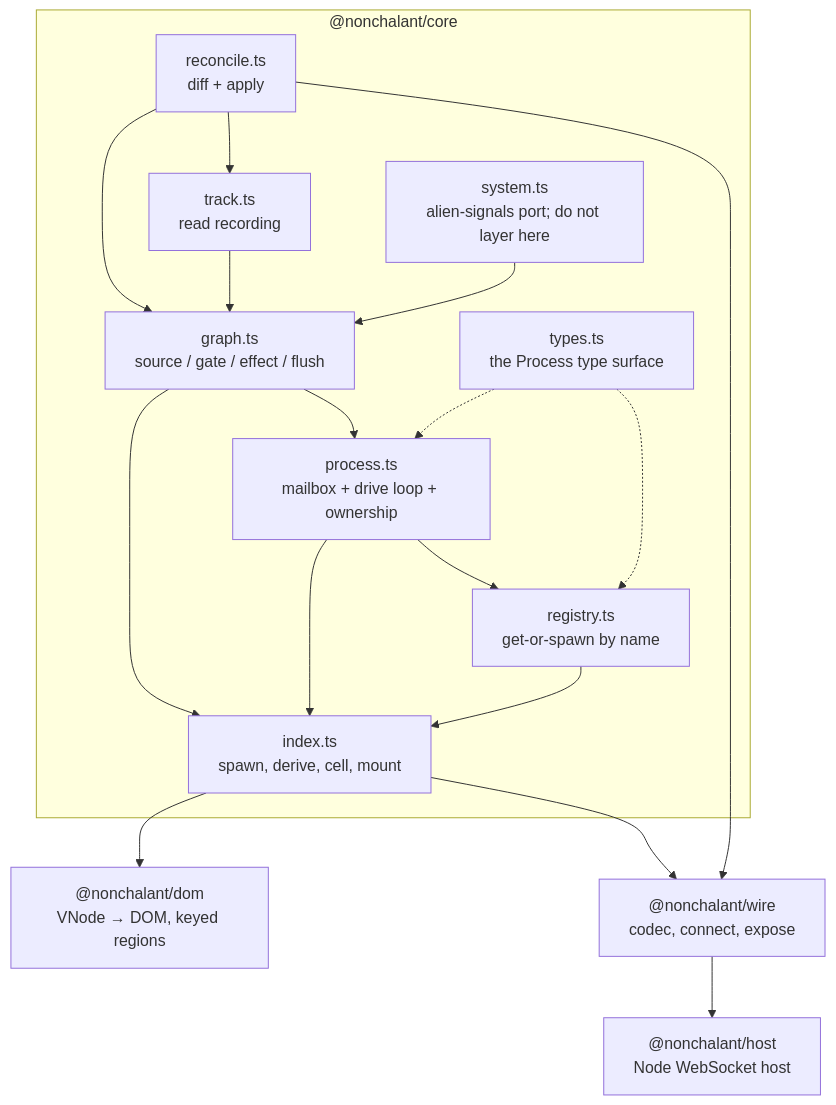
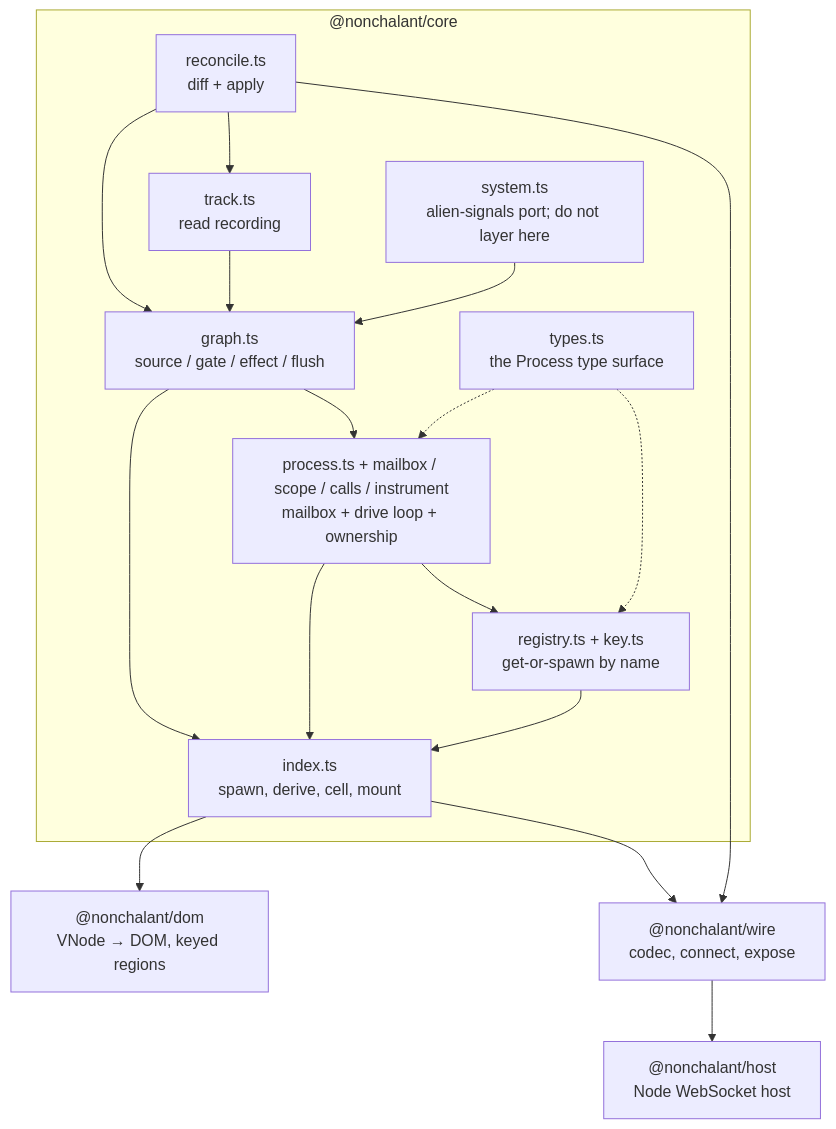
Before and after one commit to twfarland/nonchalant: the second of 2 diagrams in docs/internals/README.md, drawn with Mermaid. The commit also changed other lines of this file and 2 other files, not shown here.

Commit message:
docs/internals: file maps for the split process runtime and registry
Also fixes the dispose-ordering diagram's stale rejectAsks step.

````diff
--- a/docs/internals/README.md
+++ b/docs/internals/README.md
@@ -46,32 +46,32 @@
 ```mermaid
 flowchart TD
     subgraph core["@nonchalant/core"]
         TY["types.ts<br/>the Process type surface"]
         RC["reconcile.ts<br/>diff + apply"]
         TR["track.ts<br/>read recording"]
         SY["system.ts<br/>alien-signals port; do not layer here"]
         GR["graph.ts<br/>source / gate / effect / flush"]
-        PR["process.ts<br/>mailbox + drive loop + ownership"]
-        RG["registry.ts<br/>get-or-spawn by name"]
+        PR["process.ts + mailbox / scope / calls / instrument<br/>mailbox + drive loop + ownership"]
+        RG["registry.ts + key.ts<br/>get-or-spawn by name"]
         IX["index.ts<br/>spawn, derive, cell, mount"]
     end
     DOM["@nonchalant/dom<br/>VNode → DOM, keyed regions"]
     WIRE["@nonchalant/wire<br/>codec, connect, expose"]
     HOST["@nonchalant/host<br/>Node WebSocket host"]
 
     RC --> TR
     RC --> GR
     TR --> GR
     SY --> GR
     GR --> PR
     PR --> RG
     GR --> IX
     PR --> IX
     RG --> IX
     TY -.-> PR
     TY -.-> RG
     IX --> DOM
     IX --> WIRE
     RC --> WIRE
     WIRE --> HOST
 ```
````
